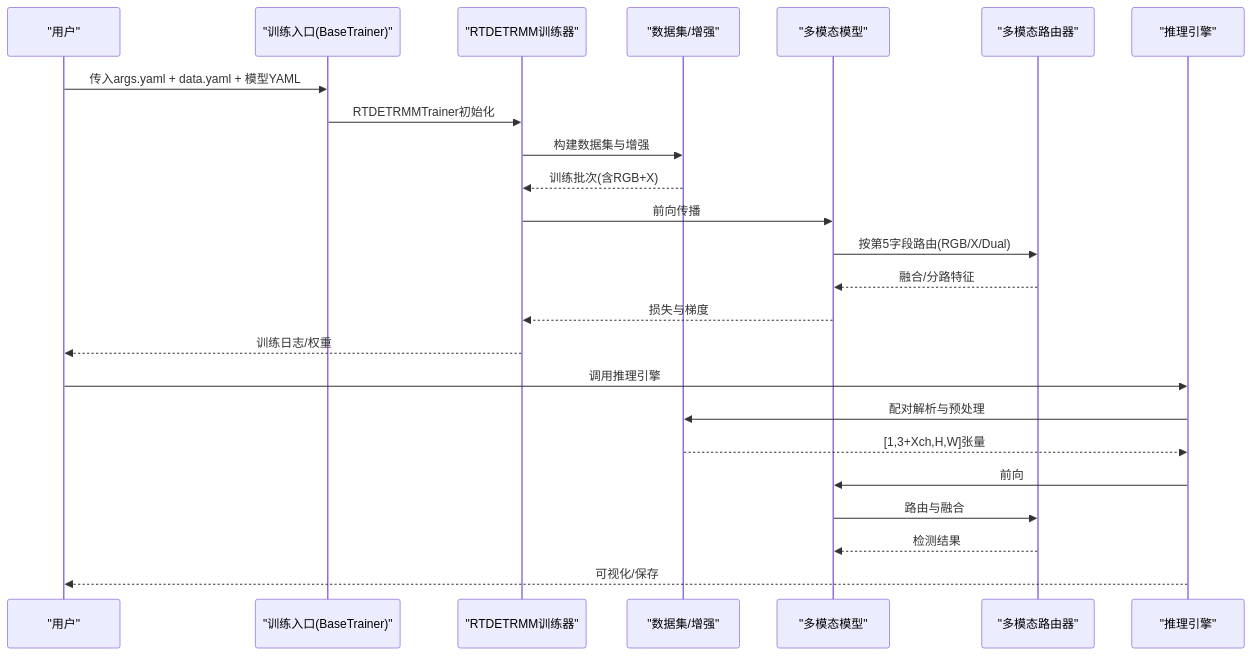
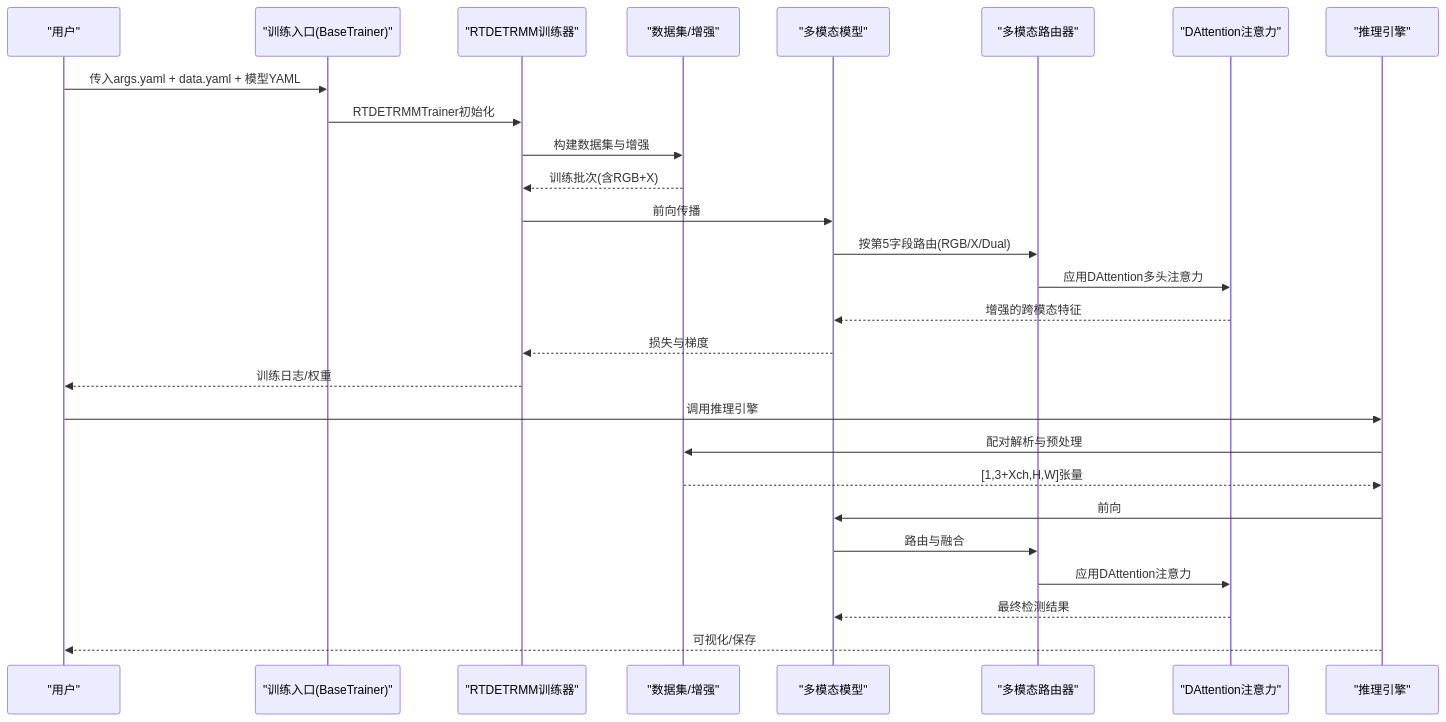
One commit to 2208754827/MM-IMPROVE changed the second of 10 diagrams in .qoder/repowiki/zh/content/模型配置与管理/训练配置管理/多模态训练配置.md. Above: the diagram before and after it, drawn with Mermaid. The commit also changed other lines of this file and 411 other files, not shown here.

````diff
--- a/.qoder/repowiki/zh/content/模型配置与管理/训练配置管理/多模态训练配置.md
+++ b/.qoder/repowiki/zh/content/模型配置与管理/训练配置管理/多模态训练配置.md
@@ -127,26 +143,29 @@
 ```mermaid
 sequenceDiagram
 participant User as "用户"
 participant Trainer as "训练入口(BaseTrainer)"
 participant RTMM_Trainer as "RTDETRMM训练器"
 participant Data as "数据集/增强"
 participant Model as "多模态模型"
 participant Router as "多模态路由器"
+participant Attention as "DAttention注意力"
 participant Infer as "推理引擎"
 User->>Trainer : 传入args.yaml + data.yaml + 模型YAML
 Trainer->>RTMM_Trainer : RTDETRMMTrainer初始化
 RTMM_Trainer->>Data : 构建数据集与增强
 Data-->>RTMM_Trainer : 训练批次(含RGB+X)
 RTMM_Trainer->>Model : 前向传播
 Model->>Router : 按第5字段路由(RGB/X/Dual)
-Router-->>Model : 融合/分路特征
+Router->>Attention : 应用DAttention多头注意力
+Attention-->>Model : 增强的跨模态特征
 Model-->>RTMM_Trainer : 损失与梯度
 RTMM_Trainer-->>User : 训练日志/权重
 User->>Infer : 调用推理引擎
 Infer->>Data : 配对解析与预处理
 Data-->>Infer : [1,3+Xch,H,W]张量
 Infer->>Model : 前向
 Model->>Router : 路由与融合
-Router-->>Model : 检测结果
+Router->>Attention : 应用DAttention注意力
+Attention-->>Model : 最终检测结果
 Infer-->>User : 可视化/保存
 ```
````
